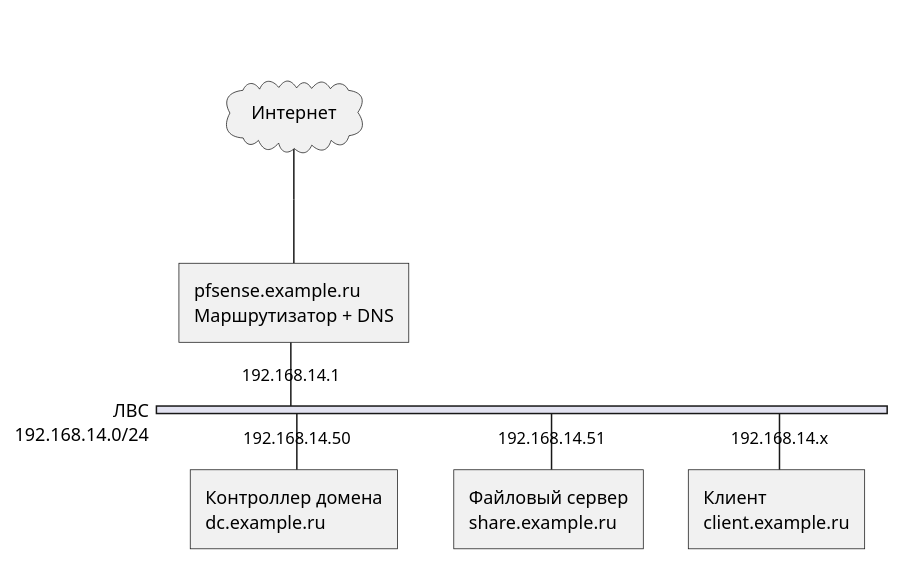
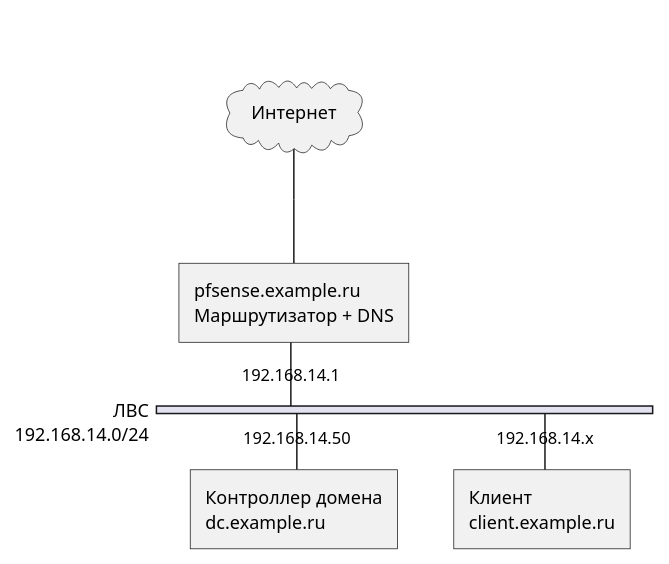
Before and after one commit to baksist/thesis-plantuml-diagrams: the diagram in network.puml, drawn with PlantUML. The commit also changed 2 other files, not shown here.

```diff
--- a/network.puml
+++ b/network.puml
@@ -1,14 +1,13 @@
 @startuml network
 nwdiag {
     internet [shape = cloud, description="Интернет"]
     internet -- pfsense
     network ЛВС {
         pfsense [address = "192.168.14.1", description="pfsense.example.ru\nМаршрутизатор + DNS"]
         address = "192.168.14.0/24"
 
         dc [address = "192.168.14.50", description="Контроллер домена\ndc.example.ru"]
-        server [address = "192.168.14.51", description="Файловый сервер\nshare.example.ru"]
         client [address = "192.168.14.x", description="Клиент\nclient.example.ru"]
     }
 }
 @enduml
```
